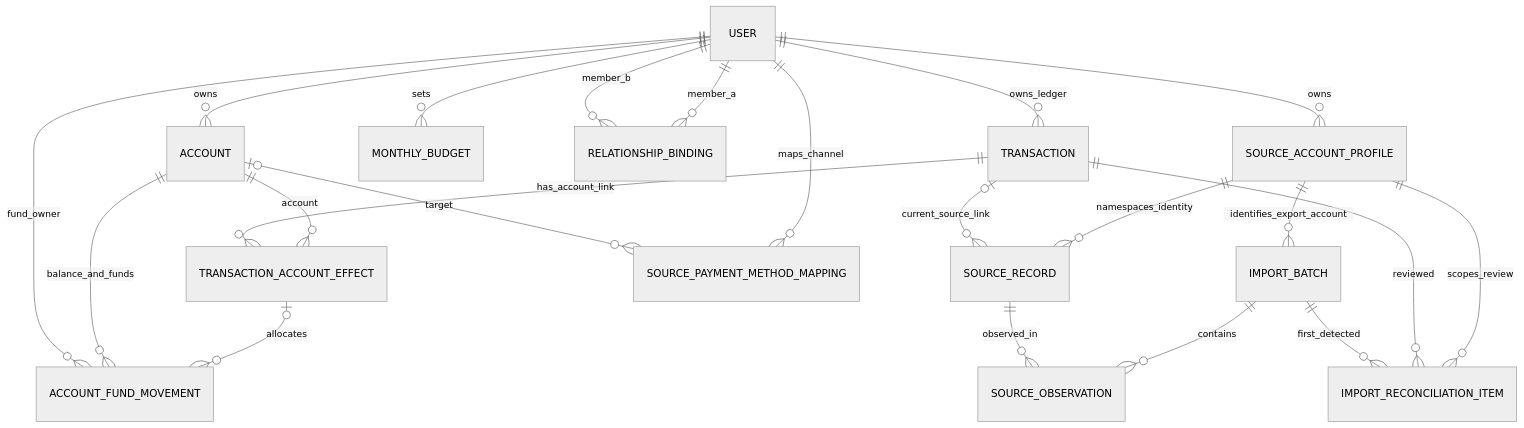
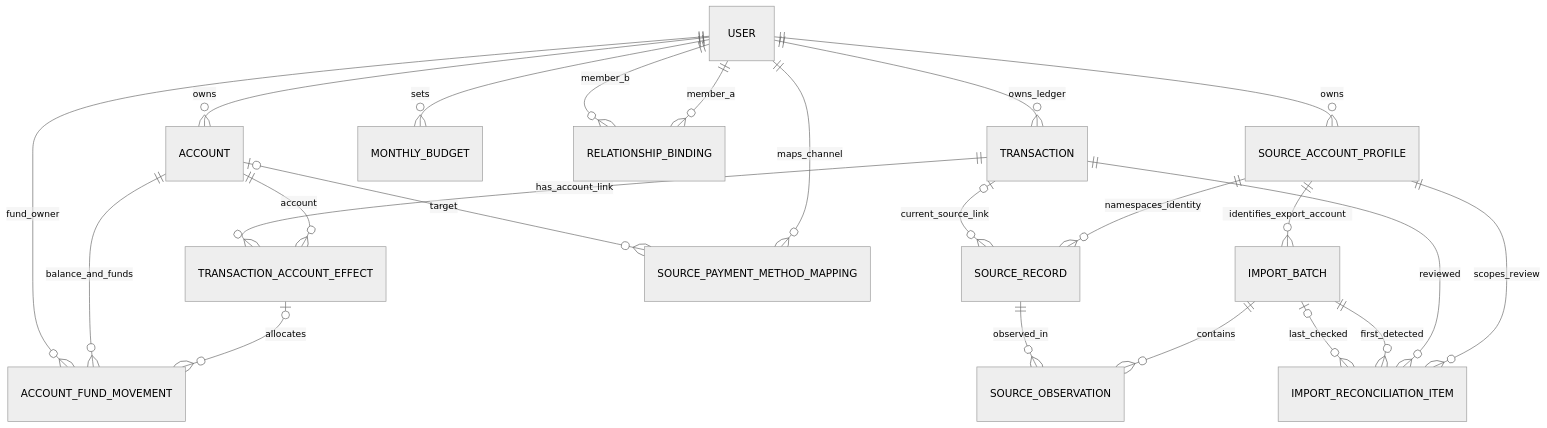
One commit to AsteriaAnna/ledger-final changed the diagram in docs/LOGICAL_DATA_MODEL.md. Above: the diagram before and after it, drawn with Mermaid (neutral theme).

Commit message:
docs: show first and latest reconciliation batch relations

```diff
--- a/docs/LOGICAL_DATA_MODEL.md
+++ b/docs/LOGICAL_DATA_MODEL.md
@@ -38,24 +38,25 @@
 ~~~mermaid
 erDiagram
     USER ||--o{ ACCOUNT : owns
     USER ||--o{ TRANSACTION : owns_ledger
     USER ||--o{ MONTHLY_BUDGET : sets
     USER ||--o{ RELATIONSHIP_BINDING : member_a
     USER ||--o{ RELATIONSHIP_BINDING : member_b
     ACCOUNT ||--o{ TRANSACTION_ACCOUNT_EFFECT : account
     TRANSACTION ||--o{ TRANSACTION_ACCOUNT_EFFECT : has_account_link
     TRANSACTION_ACCOUNT_EFFECT o|--o{ ACCOUNT_FUND_MOVEMENT : allocates
     ACCOUNT ||--o{ ACCOUNT_FUND_MOVEMENT : balance_and_funds
     USER ||--o{ ACCOUNT_FUND_MOVEMENT : fund_owner
     USER ||--o{ SOURCE_ACCOUNT_PROFILE : owns
     SOURCE_ACCOUNT_PROFILE ||--o{ IMPORT_BATCH : identifies_export_account
     IMPORT_BATCH ||--o{ SOURCE_OBSERVATION : contains
     SOURCE_RECORD ||--o{ SOURCE_OBSERVATION : observed_in
     SOURCE_ACCOUNT_PROFILE ||--o{ SOURCE_RECORD : namespaces_identity
     TRANSACTION o|--o{ SOURCE_RECORD : current_source_link
     USER ||--o{ SOURCE_PAYMENT_METHOD_MAPPING : maps_channel
     ACCOUNT o|--o{ SOURCE_PAYMENT_METHOD_MAPPING : target
     SOURCE_ACCOUNT_PROFILE ||--o{ IMPORT_RECONCILIATION_ITEM : scopes_review
     TRANSACTION ||--o{ IMPORT_RECONCILIATION_ITEM : reviewed
     IMPORT_BATCH ||--o{ IMPORT_RECONCILIATION_ITEM : first_detected
+    IMPORT_BATCH o|--o{ IMPORT_RECONCILIATION_ITEM : last_checked
 ~~~
```
